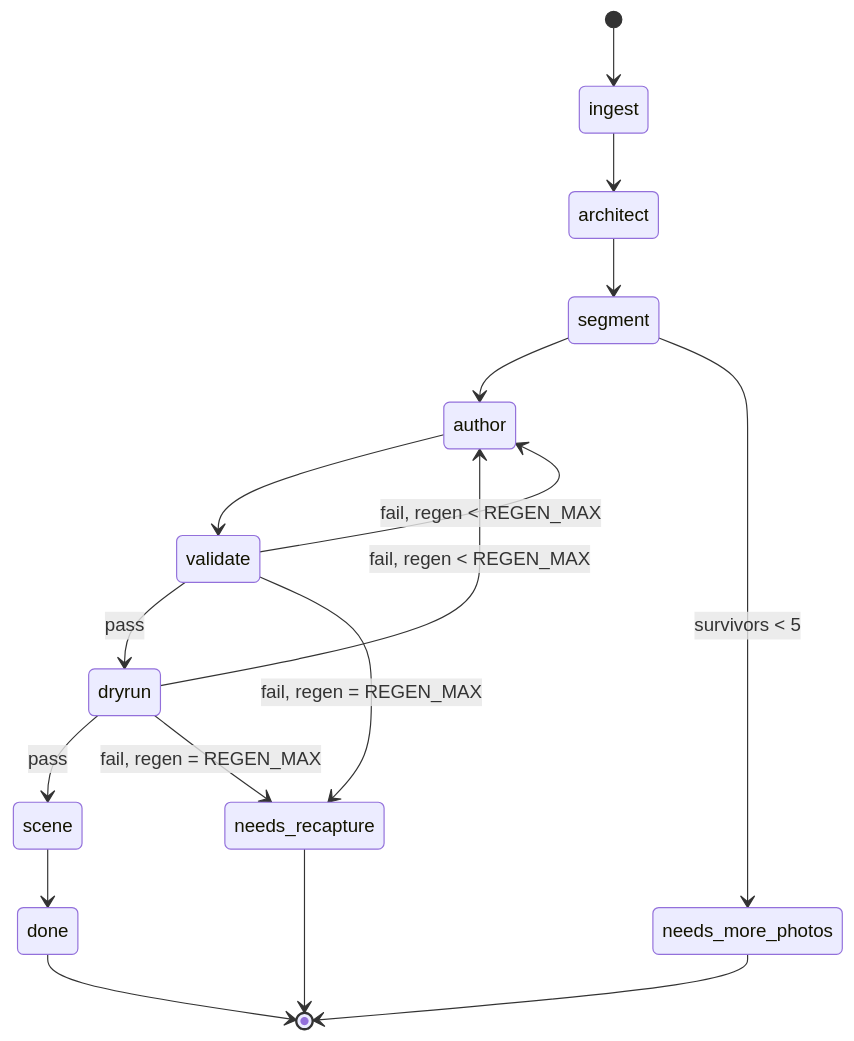
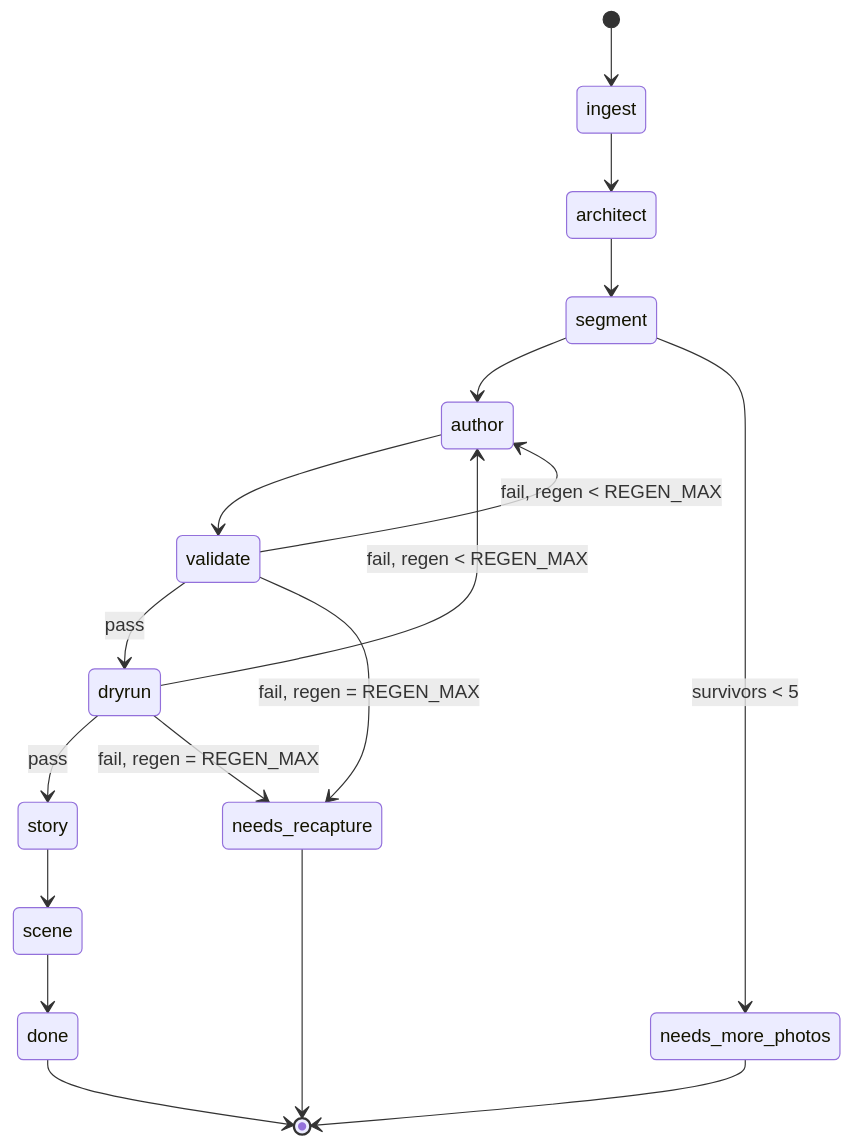
One commit to lutic1/meta-hackathon-2026 changed the third of 4 diagrams in docs/planning-artifacts/architecture/architecture-Keyframe-2026-10-21/ARCHITECTURE-SPINE.md. Above: the diagram before and after it, drawn with Mermaid. The commit also changed other lines of this file and 43 other files, not shown here.

````diff
--- a/docs/planning-artifacts/architecture/architecture-Keyframe-2026-10-21/ARCHITECTURE-SPINE.md
+++ b/docs/planning-artifacts/architecture/architecture-Keyframe-2026-10-21/ARCHITECTURE-SPINE.md
@@ -250,19 +250,20 @@
 ```mermaid
 stateDiagram-v2
   [*] --> ingest
   ingest --> architect
   architect --> segment
   segment --> author
   segment --> needs_more_photos: survivors < 5
   author --> validate
   validate --> dryrun: pass
   validate --> author: fail, regen < REGEN_MAX
-  dryrun --> scene: pass
+  dryrun --> story: pass
+  story --> scene
   dryrun --> author: fail, regen < REGEN_MAX
   validate --> needs_recapture: fail, regen = REGEN_MAX
   dryrun --> needs_recapture: fail, regen = REGEN_MAX
   scene --> done
   done --> [*]
   needs_more_photos --> [*]
   needs_recapture --> [*]
 ```
````
